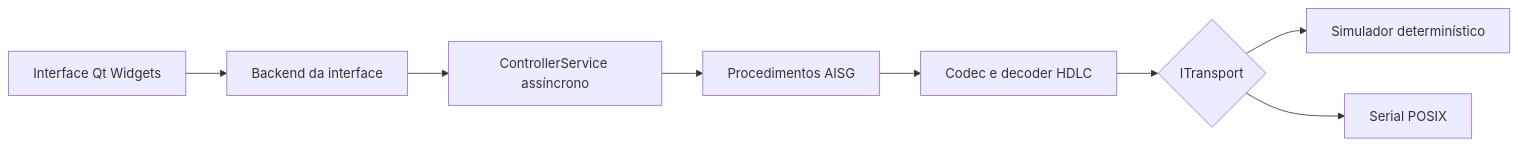
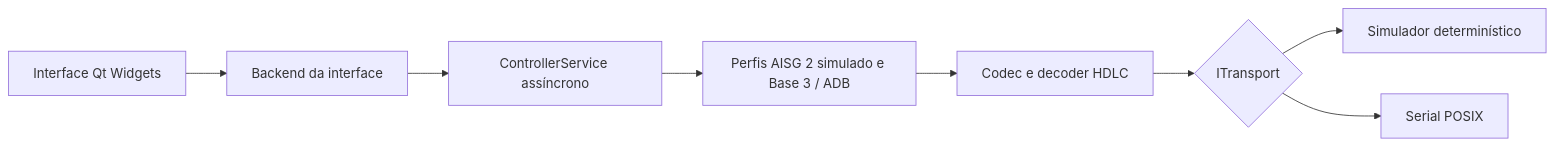
One commit to Gecesars/aisg_controller_c- changed the diagram in README.md. Above: the diagram before and after it, drawn with Mermaid. The commit also changed other lines of this file and 18 other files, not shown here.

Commit message:
feat: add AISG Base 3.0.8 and ADB 3.1.7 profile

````diff
--- a/README.md
+++ b/README.md
@@ -57,10 +64,10 @@
 ```mermaid
 flowchart LR
     UI[Interface Qt Widgets] --> B[Backend da interface]
     B --> C[ControllerService assíncrono]
-    C --> A[Procedimentos AISG]
+    C --> A[Perfis AISG 2 simulado e Base 3 / ADB]
     A --> H[Codec e decoder HDLC]
     H --> T{ITransport}
     T --> S[Simulador determinístico]
     T --> P[Serial POSIX]
 ```
````
